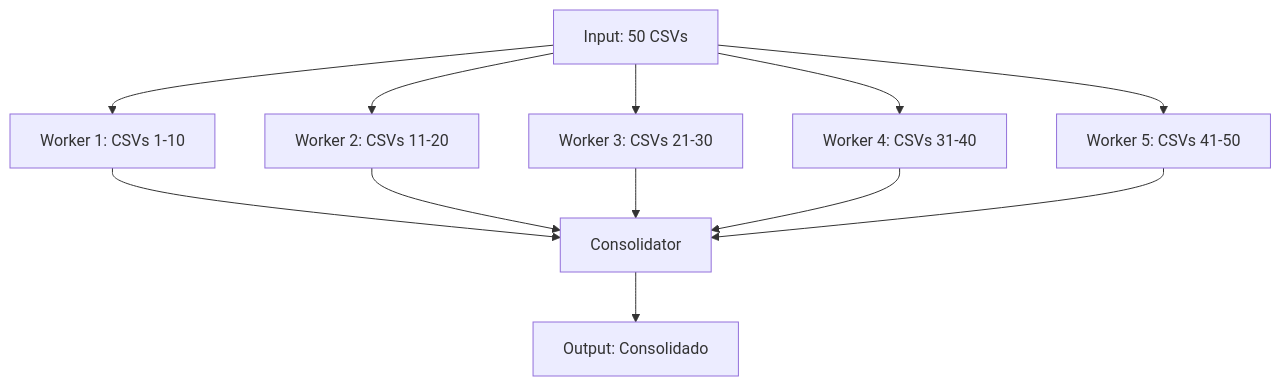
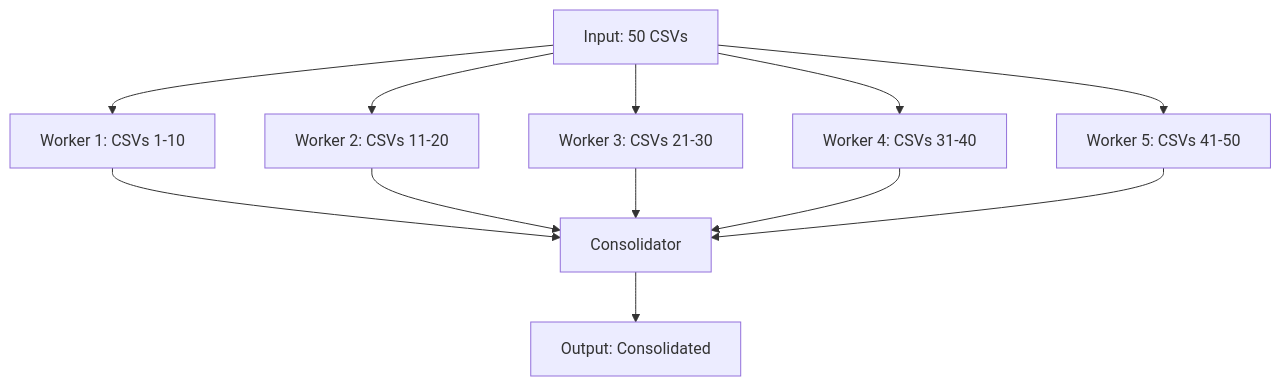
One commit to lscheffel/ignite-agents-skills changed the diagram in skills/agent-orchestration/examples/fan-out-fan-in.md. Above: the diagram before and after it, drawn with Mermaid. The commit also changed other lines of this file and 1024 other files, not shown here.

````diff
--- a/skills/agent-orchestration/examples/fan-out-fan-in.md
+++ b/skills/agent-orchestration/examples/fan-out-fan-in.md
@@ -18,14 +18,14 @@
 ```mermaid
 graph TD
     A[Input: 50 CSVs] --> B1[Worker 1: CSVs 1-10]
     A --> B2[Worker 2: CSVs 11-20]
     A --> B3[Worker 3: CSVs 21-30]
     A --> B4[Worker 4: CSVs 31-40]
     A --> B5[Worker 5: CSVs 41-50]
     B1 --> C[Consolidator]
     B2 --> C
     B3 --> C
     B4 --> C
     B5 --> C
-    C --> D[Output: Consolidado]
+    C --> D[Output: Consolidated]
 ```
````
